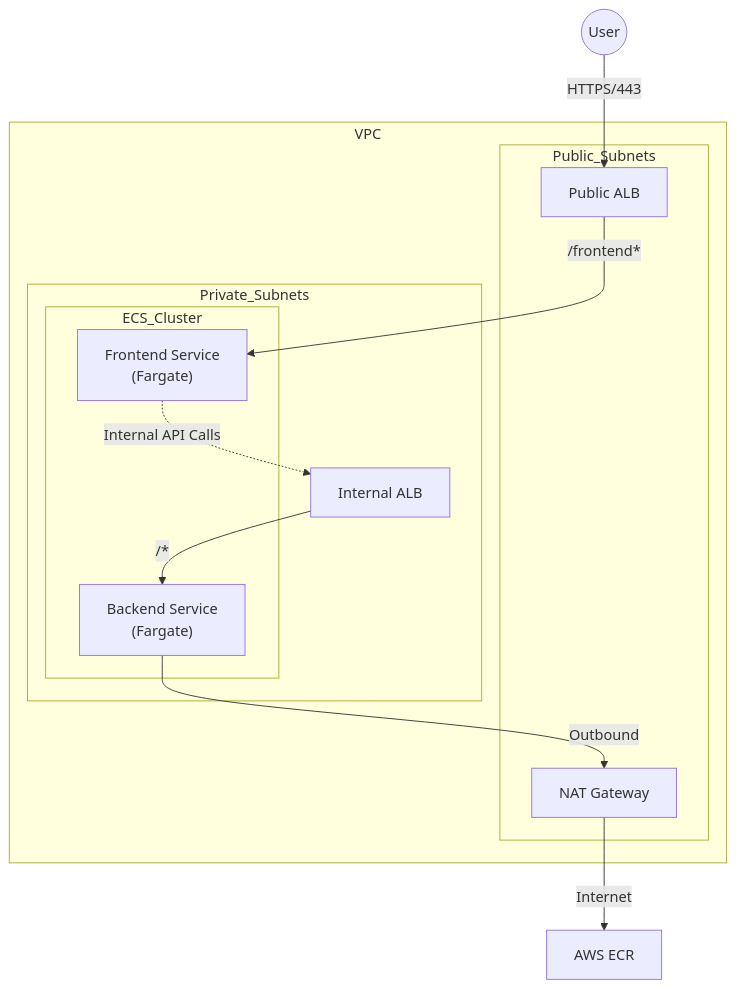
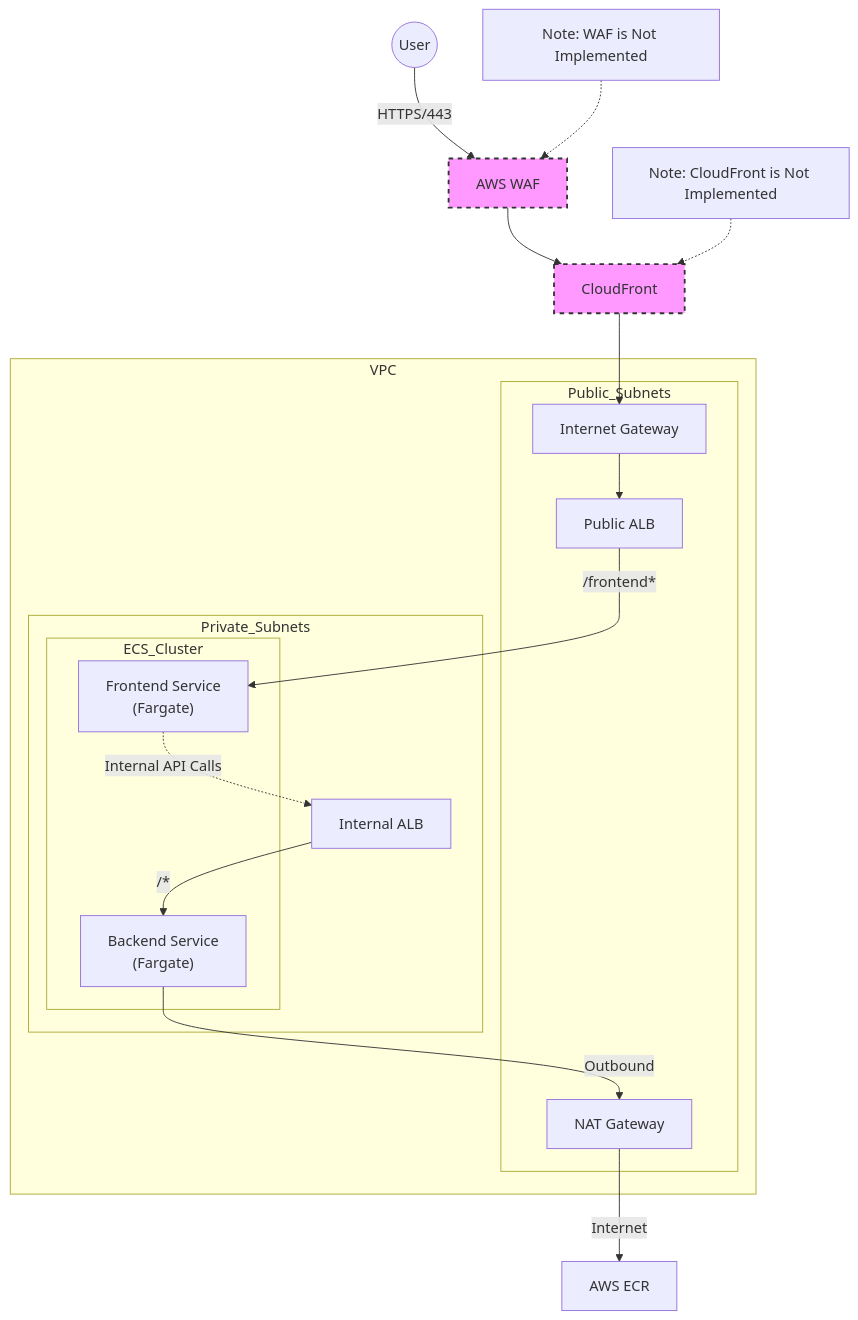
One commit to CofgCode/terracloud changed the diagram in README-all.md. Above: the diagram before and after it, drawn with Mermaid.

Commit message:
adding fw, igw and cdn

````diff
--- a/README-all.md
+++ b/README-all.md
@@ -94,27 +94,37 @@
 ```mermaid
 graph TD
-    User((User)) -->|HTTPS/443| PubALB[Public ALB]
+    User((User)) -->|HTTPS/443| WAF[AWS WAF]
+    WAF --> CF[CloudFront]
+    CF --> IGW[Internet Gateway]
+    IGW --> PubALB[Public ALB]
+    
+    style WAF fill:#f9f,stroke:#333,stroke-width:2px,stroke-dasharray: 5 5
+    style CF fill:#f9f,stroke:#333,stroke-width:2px,stroke-dasharray: 5 5
     
     subgraph VPC
         subgraph Public_Subnets
+            IGW
             PubALB
             NatGW[NAT Gateway]
         end
         
         subgraph Private_Subnets
             subgraph ECS_Cluster
                 FE_Service["Frontend Service<br/>(Fargate)"]
                 BE_Service["Backend Service<br/>(Fargate)"]
             end
             IntALB[Internal ALB]
         end
     end
     
     PubALB -->|/frontend*| FE_Service
     
     FE_Service -.->|Internal API Calls| IntALB
     IntALB -->|/*| BE_Service
     
     BE_Service -->|Outbound| NatGW
     NatGW -->|Internet| ECR[AWS ECR]
+
+    note_waf[Note: WAF is Not Implemented] -.-> WAF
+    note_cf[Note: CloudFront is Not Implemented] -.-> CF
 ```
````
